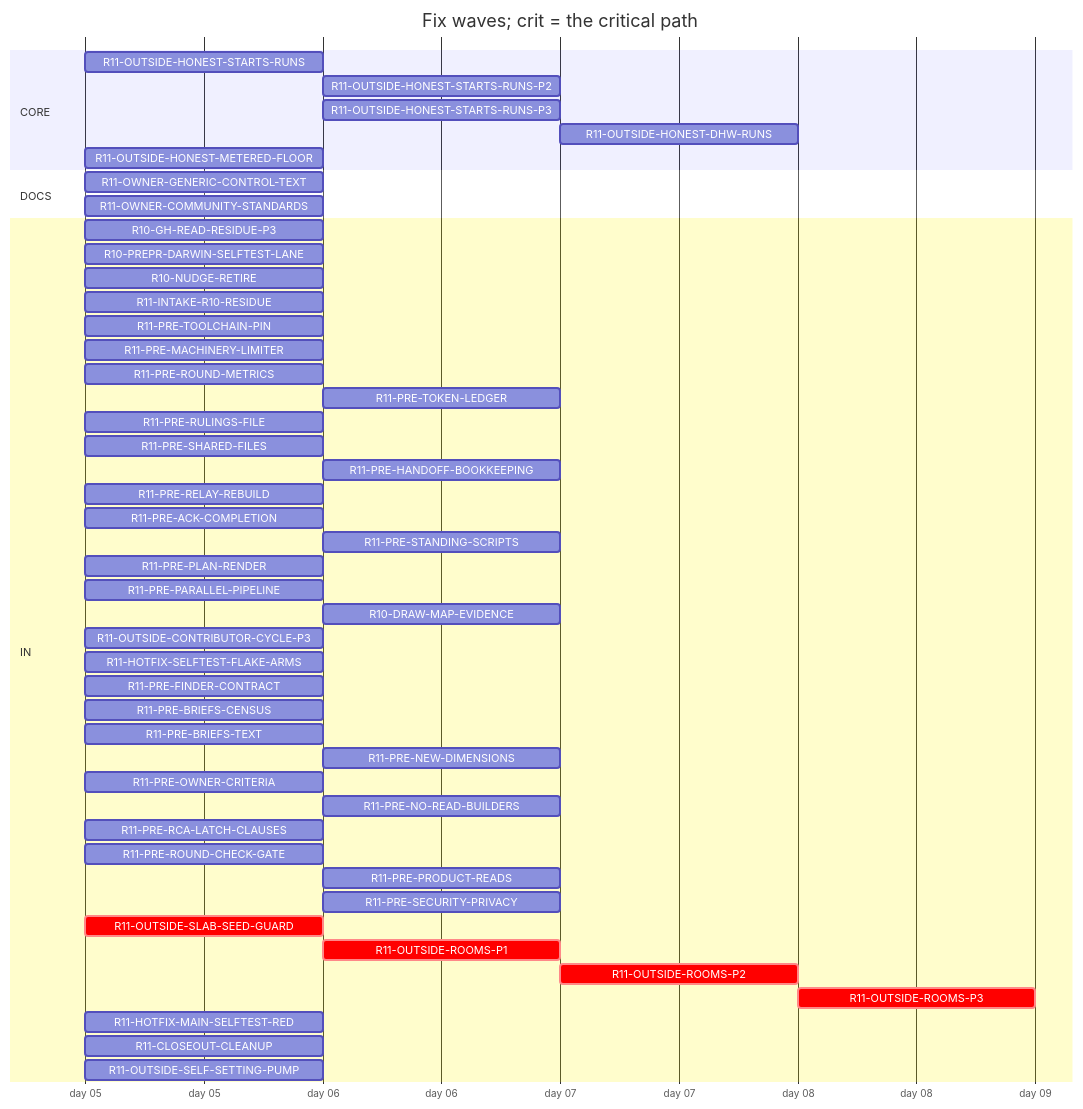
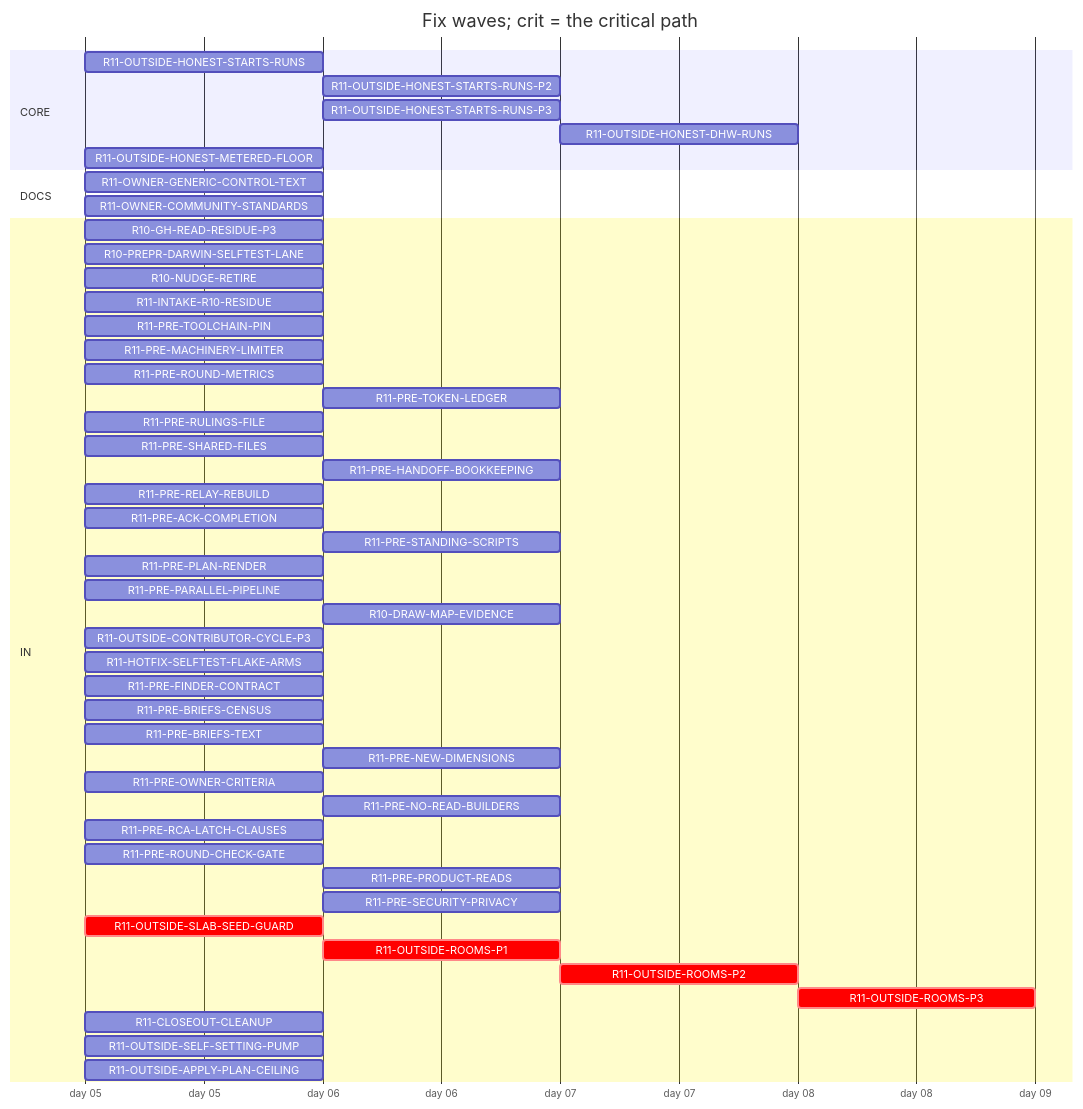
Before and after one commit to tvofi/heatpump_optimizer: the diagram in handoff/round11/state/PLAN-TABLE.md, drawn with Mermaid. The commit also changed other lines of this file and 4 other files, not shown here.

Commit message:
state: FLOW-BOARD.md, NEXT-SESSION-PROMPT.md, PLAN-TABLE.md, PLAN.html, RESUME-CURRENT.md regenerated (state_docs.py)

````diff
--- a/handoff/round11/state/PLAN-TABLE.md
+++ b/handoff/round11/state/PLAN-TABLE.md
@@ -16,52 +16,52 @@
 ```mermaid
 gantt
   title Fix waves; crit = the critical path
   dateFormat YYYY-MM-DD
   axisFormat day %d
   section CORE
     R11-OUTSIDE-HONEST-STARTS-RUNS :r11OUTSIDEHONESTSTARTSRUNS, 2026-01-05, 1d
     R11-OUTSIDE-HONEST-STARTS-RUNS-P2 :r11OUTSIDEHONESTSTARTSRUNSP2, after r11OUTSIDEHONESTSTARTSRUNS, 1d
     R11-OUTSIDE-HONEST-STARTS-RUNS-P3 :r11OUTSIDEHONESTSTARTSRUNSP3, after r11OUTSIDEHONESTSTARTSRUNS, 1d
     R11-OUTSIDE-HONEST-DHW-RUNS :r11OUTSIDEHONESTDHWRUNS, after r11OUTSIDEHONESTSTARTSRUNS r11OUTSIDEHONESTSTARTSRUNSP2, 1d
     R11-OUTSIDE-HONEST-METERED-FLOOR :r11OUTSIDEHONESTMETEREDFLOOR, 2026-01-05, 1d
   section DOCS
     R11-OWNER-GENERIC-CONTROL-TEXT :r11OWNERGENERICCONTROLTEXT, 2026-01-05, 1d
     R11-OWNER-COMMUNITY-STANDARDS :r11OWNERCOMMUNITYSTANDARDS, 2026-01-05, 1d
   section IN
     R10-GH-READ-RESIDUE-P3 :r10GHREADRESIDUEP3, 2026-01-05, 1d
     R10-PREPR-DARWIN-SELFTEST-LANE :r10PREPRDARWINSELFTESTLANE, 2026-01-05, 1d
     R10-NUDGE-RETIRE :r10NUDGERETIRE, 2026-01-05, 1d
     R11-INTAKE-R10-RESIDUE :r11INTAKER10RESIDUE, 2026-01-05, 1d
     R11-PRE-TOOLCHAIN-PIN :r11PRETOOLCHAINPIN, 2026-01-05, 1d
     R11-PRE-MACHINERY-LIMITER :r11PREMACHINERYLIMITER, 2026-01-05, 1d
     R11-PRE-ROUND-METRICS :r11PREROUNDMETRICS, 2026-01-05, 1d
     R11-PRE-TOKEN-LEDGER :r11PRETOKENLEDGER, after r10GHREADRESIDUEP3, 1d
     R11-PRE-RULINGS-FILE :r11PRERULINGSFILE, 2026-01-05, 1d
     R11-PRE-SHARED-FILES :r11PRESHAREDFILES, 2026-01-05, 1d
     R11-PRE-HANDOFF-BOOKKEEPING :r11PREHANDOFFBOOKKEEPING, after r11PRERELAYREBUILD, 1d
     R11-PRE-RELAY-REBUILD :r11PRERELAYREBUILD, 2026-01-05, 1d
     R11-PRE-ACK-COMPLETION :r11PREACKCOMPLETION, 2026-01-05, 1d
     R11-PRE-STANDING-SCRIPTS :r11PRESTANDINGSCRIPTS, after r11PREPARALLELPIPELINE, 1d
     R11-PRE-PLAN-RENDER :r11PREPLANRENDER, 2026-01-05, 1d
     R11-PRE-PARALLEL-PIPELINE :r11PREPARALLELPIPELINE, 2026-01-05, 1d
     R10-DRAW-MAP-EVIDENCE :r10DRAWMAPEVIDENCE, after r11OUTSIDESELFSETTINGPUMP, 1d
     R11-OUTSIDE-CONTRIBUTOR-CYCLE-P3 :r11OUTSIDECONTRIBUTORCYCLEP3, 2026-01-05, 1d
     R11-HOTFIX-SELFTEST-FLAKE-ARMS :r11HOTFIXSELFTESTFLAKEARMS, 2026-01-05, 1d
     R11-PRE-FINDER-CONTRACT :r11PREFINDERCONTRACT, 2026-01-05, 1d
     R11-PRE-BRIEFS-CENSUS :r11PREBRIEFSCENSUS, 2026-01-05, 1d
     R11-PRE-BRIEFS-TEXT :r11PREBRIEFSTEXT, 2026-01-05, 1d
     R11-PRE-NEW-DIMENSIONS :r11PRENEWDIMENSIONS, after r11PREFINDERCONTRACT r11PREBRIEFSCENSUS, 1d
     R11-PRE-OWNER-CRITERIA :r11PREOWNERCRITERIA, 2026-01-05, 1d
     R11-PRE-NO-READ-BUILDERS :r11PRENOREADBUILDERS, after r11PREMACHINERYLIMITER, 1d
     R11-PRE-RCA-LATCH-CLAUSES :r11PRERCALATCHCLAUSES, 2026-01-05, 1d
     R11-PRE-ROUND-CHECK-GATE :r11PREROUNDCHECKGATE, 2026-01-05, 1d
     R11-PRE-PRODUCT-READS :r11PREPRODUCTREADS, after r11PREBRIEFSCENSUS, 1d
     R11-PRE-SECURITY-PRIVACY :r11PRESECURITYPRIVACY, after r11PREFINDERCONTRACT r11PREBRIEFSCENSUS, 1d
     R11-OUTSIDE-SLAB-SEED-GUARD :crit, r11OUTSIDESLABSEEDGUARD, 2026-01-05, 1d
     R11-OUTSIDE-ROOMS-P1 :crit, r11OUTSIDEROOMSP1, after r11OUTSIDESLABSEEDGUARD, 1d
     R11-OUTSIDE-ROOMS-P2 :crit, r11OUTSIDEROOMSP2, after r11OUTSIDEROOMSP1, 1d
     R11-OUTSIDE-ROOMS-P3 :crit, r11OUTSIDEROOMSP3, after r11OUTSIDEROOMSP2, 1d
-    R11-HOTFIX-MAIN-SELFTEST-RED :r11HOTFIXMAINSELFTESTRED, 2026-01-05, 1d
     R11-CLOSEOUT-CLEANUP :r11CLOSEOUTCLEANUP, 2026-01-05, 1d
     R11-OUTSIDE-SELF-SETTING-PUMP :r11OUTSIDESELFSETTINGPUMP, 2026-01-05, 1d
+    R11-OUTSIDE-APPLY-PLAN-CEILING :r11OUTSIDEAPPLYPLANCEILING, 2026-01-05, 1d
 ```
````
